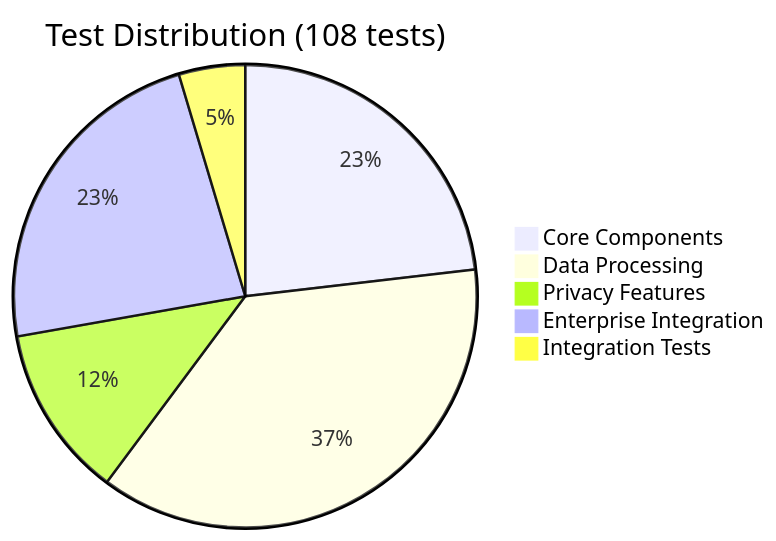
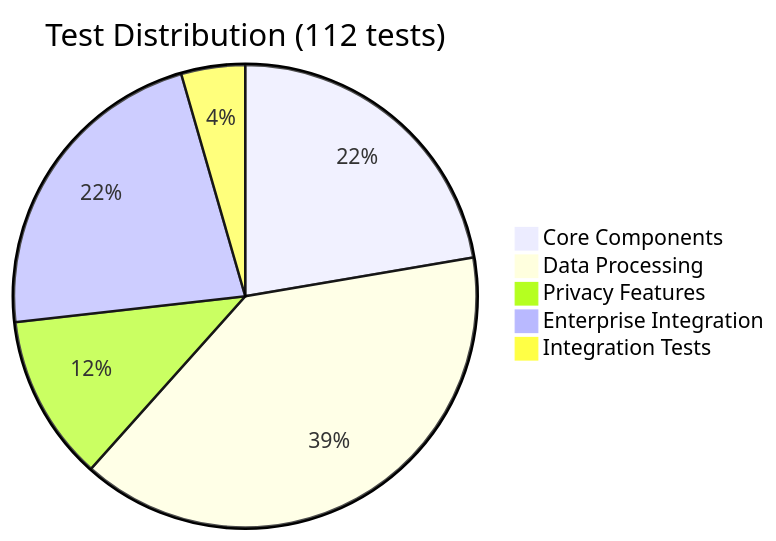
Diagram 19 of 22 in README.md (gustcol/spark-anon), drawn with Mermaid before and after one commit. The commit also changed other lines of this file and 3 other files, not shown here.

````diff
--- a/README.md
+++ b/README.md
@@ -2235,8 +2239,8 @@
 ```mermaid
-pie title Test Distribution (108 tests)
+pie title Test Distribution (112 tests)
     "Core Components" : 25
-    "Data Processing" : 40
+    "Data Processing" : 44
     "Privacy Features" : 13
     "Enterprise Integration" : 25
     "Integration Tests" : 5
 ```
````
